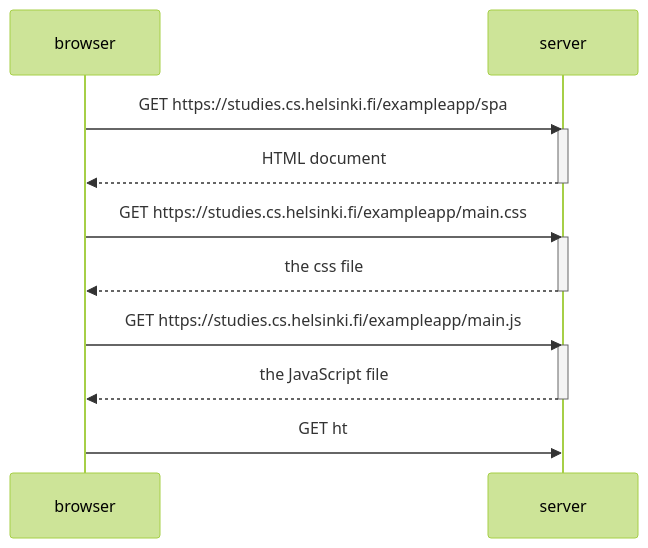
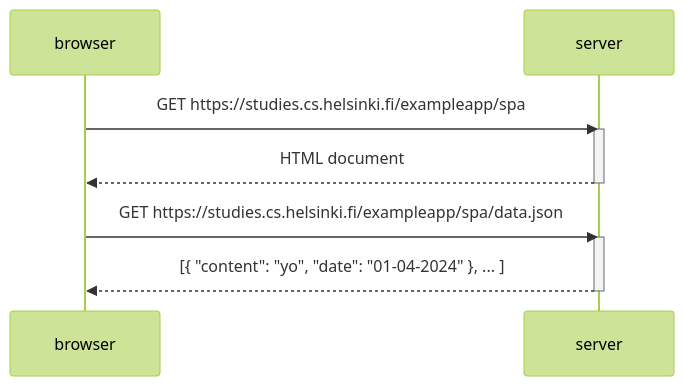
The diagram in 0.6_New_Note_SPA.md (aaravkuxar/nodejs), drawn with Mermaid (forest theme) before and after one commit. The commit also changed 2 other files, not shown here.

Commit message:
exercise part0

````diff
--- a/0.6_New_Note_SPA.md
+++ b/0.6_New_Note_SPA.md
@@ -1,22 +1,15 @@
 ```mermaid
 sequenceDiagram
     participant browser
     participant server
 
     browser->>server: GET https://studies.cs.helsinki.fi/exampleapp/spa
     activate server
     server-->>browser: HTML document
     deactivate server
 
-    browser->>server: GET https://studies.cs.helsinki.fi/exampleapp/main.css
+browser->>server: GET https://studies.cs.helsinki.fi/exampleapp/spa/data.json
     activate server
-    server-->>browser: the css file
+    server-->>browser: [{ "content": "yo", "date": "01-04-2024" }, ... ]
     deactivate server
-
-    browser->>server: GET https://studies.cs.helsinki.fi/exampleapp/main.js
-    activate server
-    server-->>browser: the JavaScript file
-    deactivate server
-
-    browser->>server: GET ht
 ```
````
